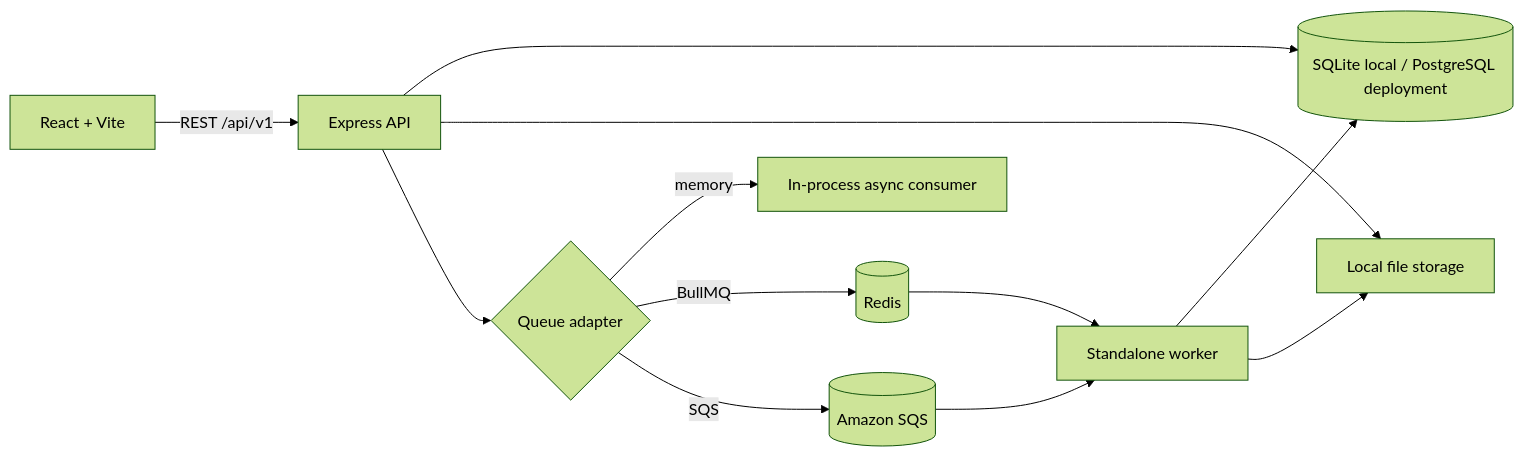
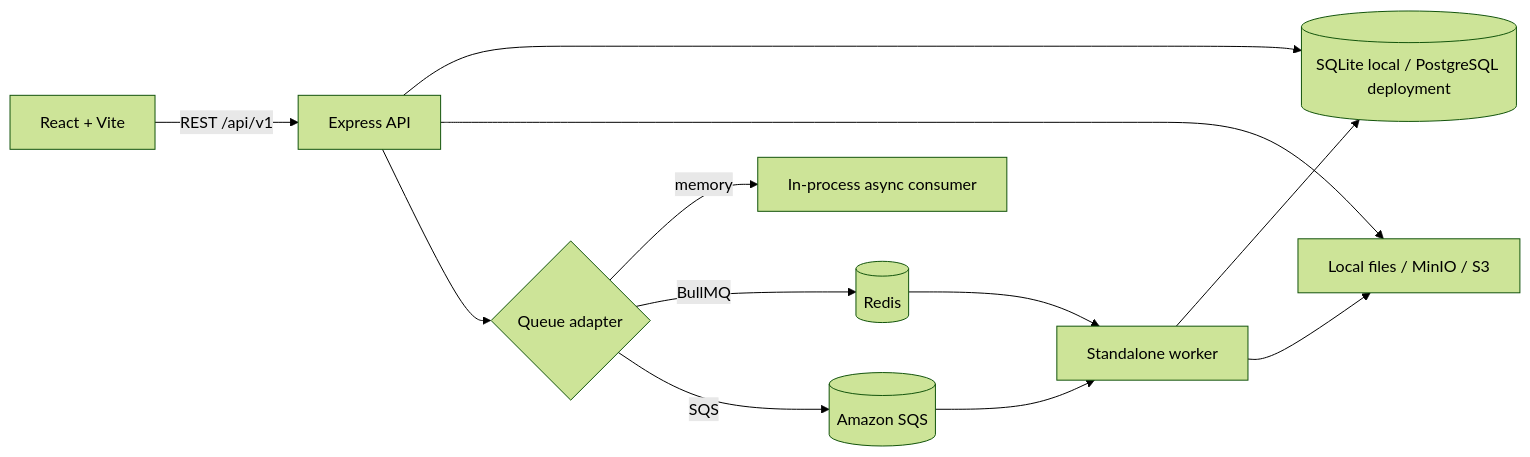
One commit to Ayushi-Das-06/TalentCloud changed the diagram in ARCHITECTURE.md. Above: the diagram before and after it, drawn with Mermaid (forest theme). The commit also changed other lines of this file and 59 other files, not shown here.

````diff
--- a/ARCHITECTURE.md
+++ b/ARCHITECTURE.md
@@ -5,14 +5,14 @@
 ```mermaid
 flowchart LR
   Browser[React + Vite] -->|REST /api/v1| API[Express API]
   API --> DB[(SQLite local / PostgreSQL deployment)]
-  API --> Files[Local file storage]
+  API --> Files[Local files / MinIO / S3]
   API --> Queue{Queue adapter}
   Queue -->|memory| Inline[In-process async consumer]
   Queue -->|BullMQ| Redis[(Redis)]
   Queue -->|SQS| SQS[(Amazon SQS)]
   Redis --> Worker[Standalone worker]
   SQS --> Worker
   Worker --> DB
   Worker --> Files
 ```
````
